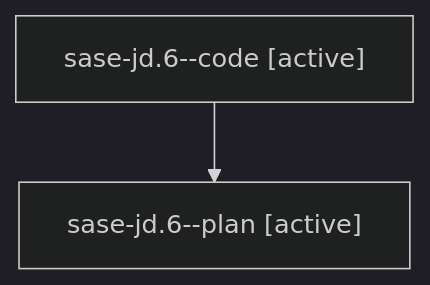
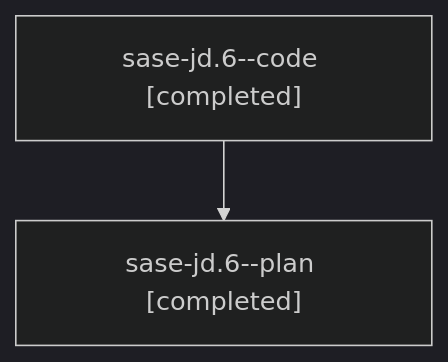
One commit to sase-org/sase--agents changed the diagram in families/bbugyi200.athena.sase-jd.6.md. Above: the diagram before and after it, drawn with Mermaid (dark theme). The commit also changed other lines of this file and 72 other files, not shown here.

````diff
--- a/families/bbugyi200.athena.sase-jd.6.md
+++ b/families/bbugyi200.athena.sase-jd.6.md
@@ -9,6 +9,6 @@
 ```mermaid
 flowchart TD
-  n0["sase-jd.6--code [active]"]
-  n1["sase-jd.6--plan [active]"]
+  n0["sase-jd.6--code [completed]"]
+  n1["sase-jd.6--plan [completed]"]
   n0 --> n1
 ```
````
